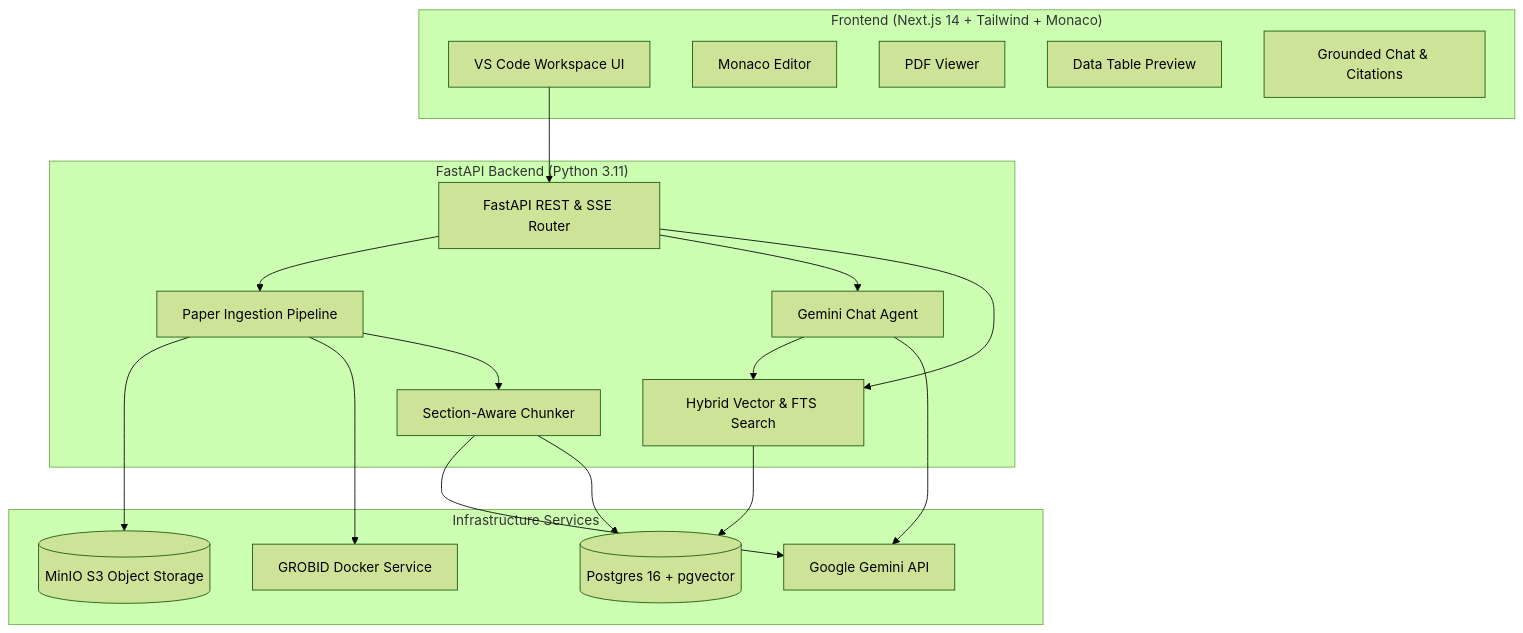
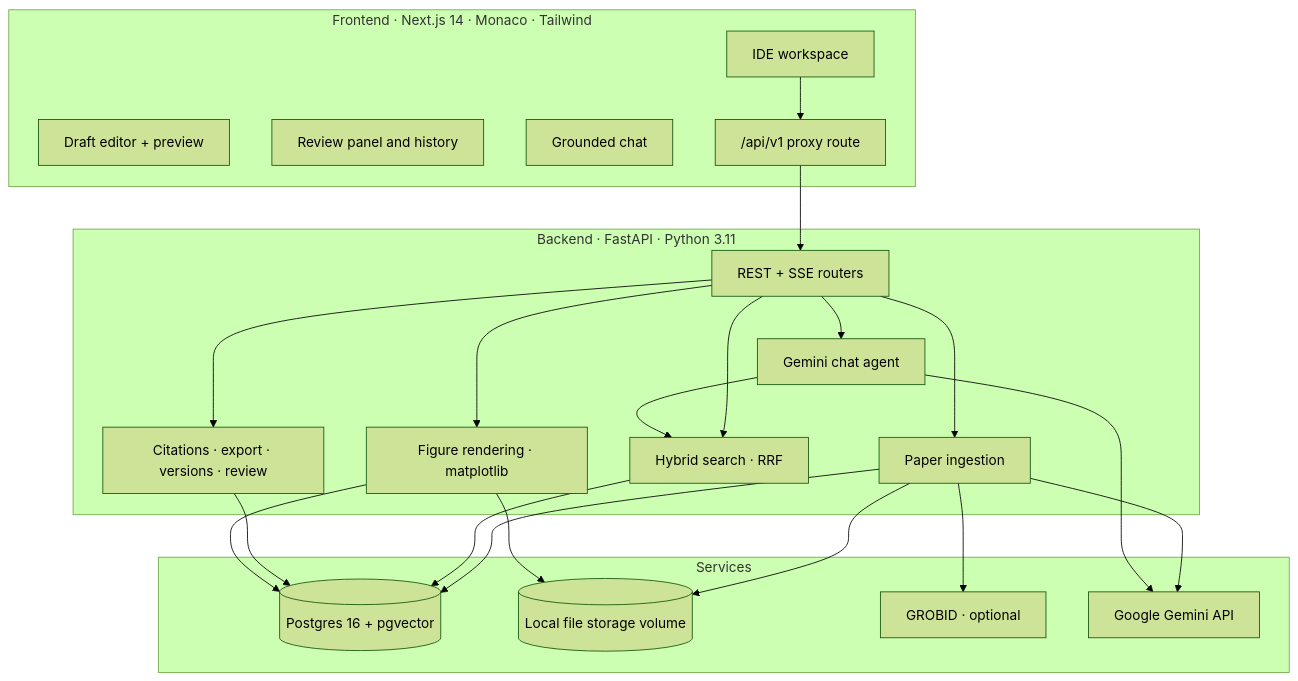
The diagram in README.md (rynxnet/HackPSU-2026), drawn with Mermaid (forest theme) before and after one commit. The commit also changed other lines of this file and 1 other file, not shown here.

````diff
--- a/README.md
+++ b/README.md
@@ -31,40 +88,39 @@
 ```mermaid
 flowchart TD
-    subgraph Client ["Frontend (Next.js 14 + Tailwind + Monaco)"]
-        UI[VS Code Workspace UI]
-        Monaco[Monaco Editor]
-        PDFView[PDF Viewer]
-        DataGrid[Data Table Preview]
-        ChatUI[Grounded Chat & Citations]
+    subgraph Client ["Frontend · Next.js 14 · Monaco · Tailwind"]
+        UI[IDE workspace]
+        Editor[Draft editor + preview]
+        Review[Review panel and history]
+        Chat[Grounded chat]
+        Proxy["/api/v1 proxy route"]
     end
 
-    subgraph BackendGateway ["FastAPI Backend (Python 3.11)"]
-        API[FastAPI REST & SSE Router]
-        Ingest[Paper Ingestion Pipeline]
-        Chunker[Section-Aware Chunker]
-        Agent[Gemini Chat Agent]
-        HybridSearch[Hybrid Vector & FTS Search]
+    subgraph Backend ["Backend · FastAPI · Python 3.11"]
+        API[REST + SSE routers]
+        Ingest[Paper ingestion]
+        Search[Hybrid search · RRF]
+        Agent[Gemini chat agent]
+        Writing[Citations · export · versions · review]
+        Figures[Figure rendering · matplotlib]
     end
 
-    subgraph StorageServices ["Infrastructure Services"]
+    subgraph Infra ["Services"]
         PG[(Postgres 16 + pgvector)]
-        MinIO[(MinIO S3 Object Storage)]
-        GROBID[GROBID Docker Service]
+        Files[(Local file storage volume)]
+        GROBID[GROBID · optional]
         Gemini[Google Gemini API]
     end
 
-    UI --> API
-    API --> Ingest
-    API --> Agent
-    API --> HybridSearch
-
-    Ingest --> MinIO
+    UI --> Proxy --> API
+    API --> Ingest & Search & Agent & Writing & Figures
     Ingest --> GROBID
-    Ingest --> Chunker
-    Chunker --> Gemini
-    Chunker --> PG
-
-    Agent --> HybridSearch
-    HybridSearch --> PG
+    Ingest --> Files
+    Ingest --> Gemini
+    Ingest --> PG
+    Search --> PG
+    Agent --> Search
     Agent --> Gemini
+    Writing --> PG
+    Figures --> Files
+    Figures --> PG
 ```
````
